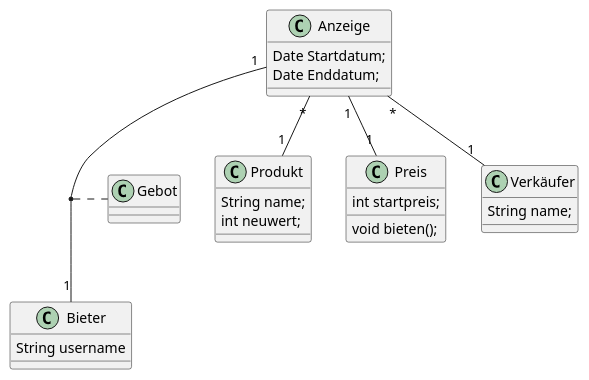
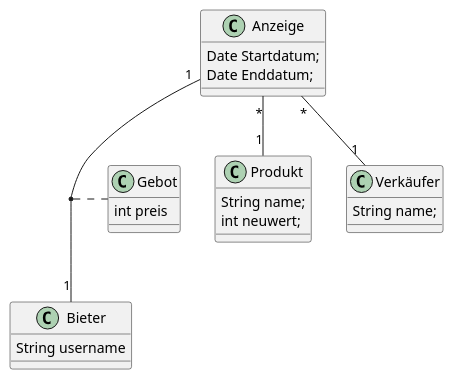
Before and after one commit to 2122-3bhitm-itp/02-project-versteigerungs-programm: the first of 2 diagrams in asciidocs/index.adoc, drawn with PlantUML.

Commit message:
Abänderung Klassendiagramm

```diff
--- a/asciidocs/index.adoc
+++ b/asciidocs/index.adoc
@@ -134,38 +134,35 @@
 [plantuml, Klassen2.puml, svg]
 ----
 'https://plantuml.com/class-diagram
 
 class Anzeige{
     Date Startdatum;
     Date Enddatum;
 }
 
 class Produkt{
     String name;
     int neuwert;
 }
 
-class Preis{
-    int startpreis;
-    void bieten();
-}
-
 class Bieter{
     String username
 }
 
 class Verkäufer{
     String name;
 }
 
+class Gebot{
+    int preis
+}
+
 Anzeige "*" -- "1" Produkt
 
 Anzeige "*" -- "1"Verkäufer
 
 Anzeige"1" -- "1"Bieter
 
-Anzeige "1" -- "1" Preis
-
 (Anzeige, Bieter) ... Gebot
 
 ----
```
